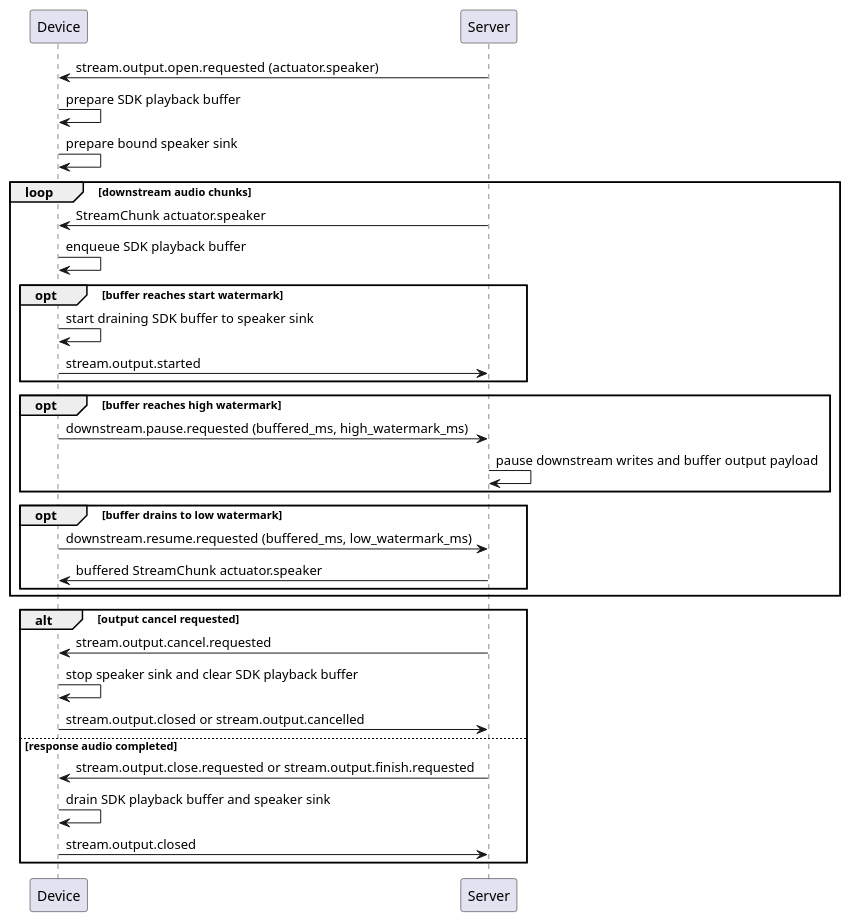
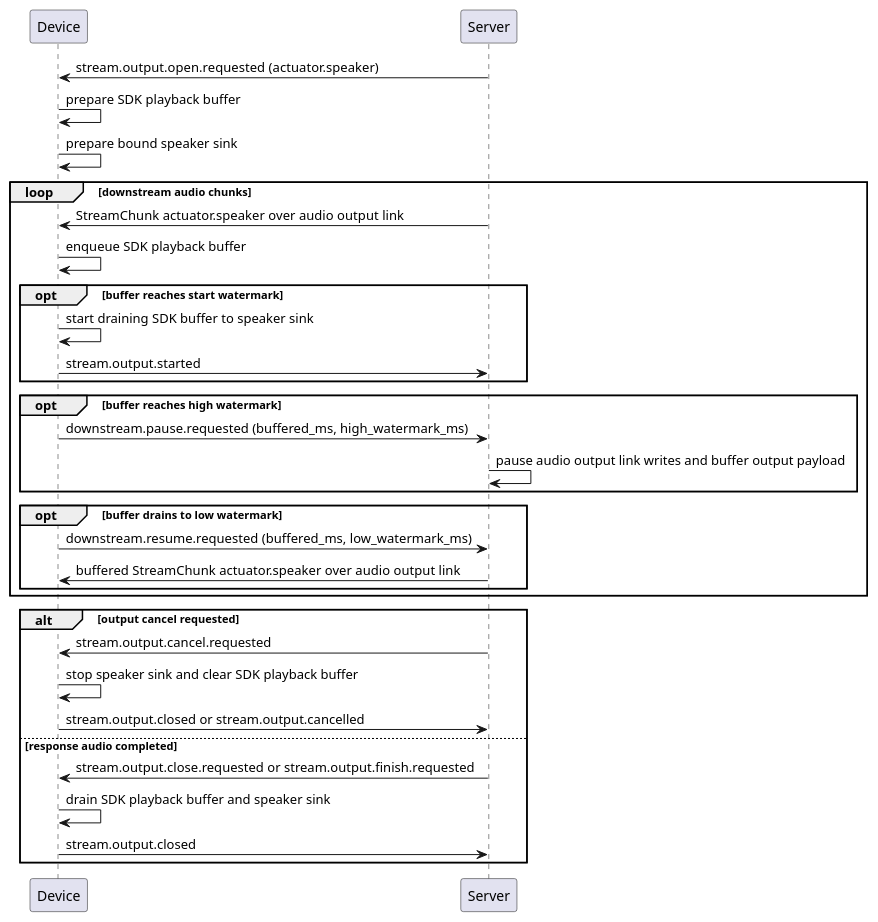
The third of 3 diagrams in docs/reference/device-event-behavior.md (HengeLiu/RealtimeAgent), drawn with PlantUML before and after one commit. The commit also changed other lines of this file and 4 other files, not shown here.

````diff
--- a/docs/reference/device-event-behavior.md
+++ b/docs/reference/device-event-behavior.md
@@ -193,35 +201,35 @@
 ```plantuml
 @startuml
 participant Device
 participant Server
 
 Server -> Device: stream.output.open.requested (actuator.speaker)
 Device -> Device: prepare SDK playback buffer
 Device -> Device: prepare bound speaker sink
 loop downstream audio chunks
-  Server -> Device: StreamChunk actuator.speaker
+  Server -> Device: StreamChunk actuator.speaker over audio output link
   Device -> Device: enqueue SDK playback buffer
   opt buffer reaches start watermark
     Device -> Device: start draining SDK buffer to speaker sink
     Device -> Server: stream.output.started
   end
   opt buffer reaches high watermark
     Device -> Server: downstream.pause.requested (buffered_ms, high_watermark_ms)
-    Server -> Server: pause downstream writes and buffer output payload
+    Server -> Server: pause audio output link writes and buffer output payload
   end
   opt buffer drains to low watermark
     Device -> Server: downstream.resume.requested (buffered_ms, low_watermark_ms)
-    Server -> Device: buffered StreamChunk actuator.speaker
+    Server -> Device: buffered StreamChunk actuator.speaker over audio output link
   end
 end
 alt output cancel requested
   Server -> Device: stream.output.cancel.requested
   Device -> Device: stop speaker sink and clear SDK playback buffer
   Device -> Server: stream.output.closed or stream.output.cancelled
 else response audio completed
   Server -> Device: stream.output.close.requested or stream.output.finish.requested
   Device -> Device: drain SDK playback buffer and speaker sink
   Device -> Server: stream.output.closed
 end
 @enduml
 ```
````
